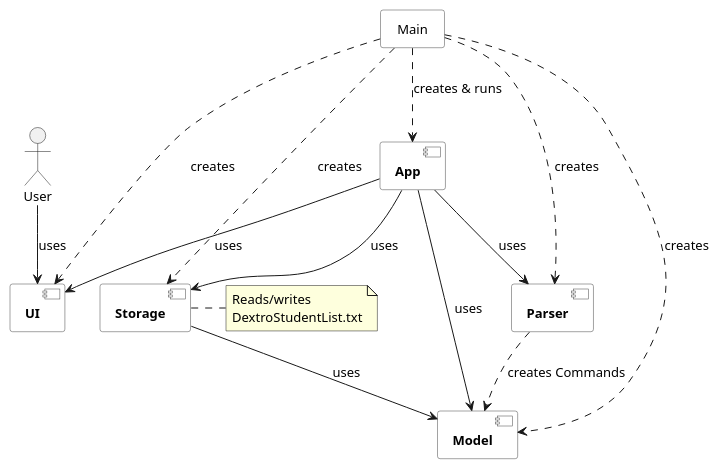
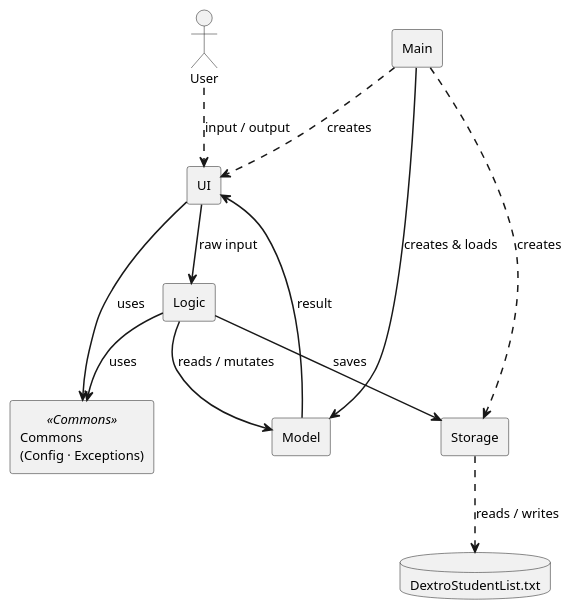
Before and after one commit to AgaraNUS/tp: the diagram in docs/diagrams/ArchitectureDiagram.puml, drawn with PlantUML. The commit also changed 46 other files, not shown here.

```diff
--- a/docs/diagrams/ArchitectureDiagram.puml
+++ b/docs/diagrams/ArchitectureDiagram.puml
@@ -1,47 +1,31 @@
 @startuml ArchitectureDiagram
-skinparam style strictuml
+
+skinparam componentStyle rectangle
 skinparam defaultFontSize 13
-skinparam componentStyle rectangle
+skinparam ArrowThickness 1.5
 
-skinparam component {
-    BorderColor #444444
-    BackgroundColor #FFFFFF
-    FontStyle bold
-}
-
-skinparam rectangle {
-    BorderColor #444444
-    BackgroundColor #FFFFFF
-}
 
 actor User
 
-component [UI] as UI
-component [App] as App
-component [Parser] as Parser
-component [Model] as Model
-component [Storage] as Storage
 
-rectangle "  Main  " as Main
+[Commons\n(Config · Exceptions)] <<Commons>> as Commons
 
-User --> UI : uses
+database "DextroStudentList.txt" as DataFile
 
-Main ..> UI      : creates
-Main ..> Parser  : creates
-Main ..> Storage : creates
-Main ..> Model   : creates
-Main ..> App     : creates & runs
+User      ..>  [UI]      : input / output
 
-App --> UI      : uses
-App --> Parser  : uses
-App --> Model   : uses
-App --> Storage : uses
-Parser ..> Model : creates Commands
-Storage --> Model : uses
+[UI]      -->  [Logic]  : raw input
+[Logic]  -->  [Model]   : reads / mutates
+[Logic]  -->  [Storage] : saves
+[Model]   -->  [UI]      : result
 
-note right of Storage
-  Reads/writes
-  DextroStudentList.txt
-end note
+[Main]    ..>  [UI]      : creates
+[Main]    -->  [Model]   : creates & loads
+[Main]    ..>  [Storage] : creates
+
+[Storage] ..>  DataFile  : reads / writes
+
+[UI]      -->  Commons   : uses
+[Logic]  -->  Commons   : uses
 
 @enduml
```
